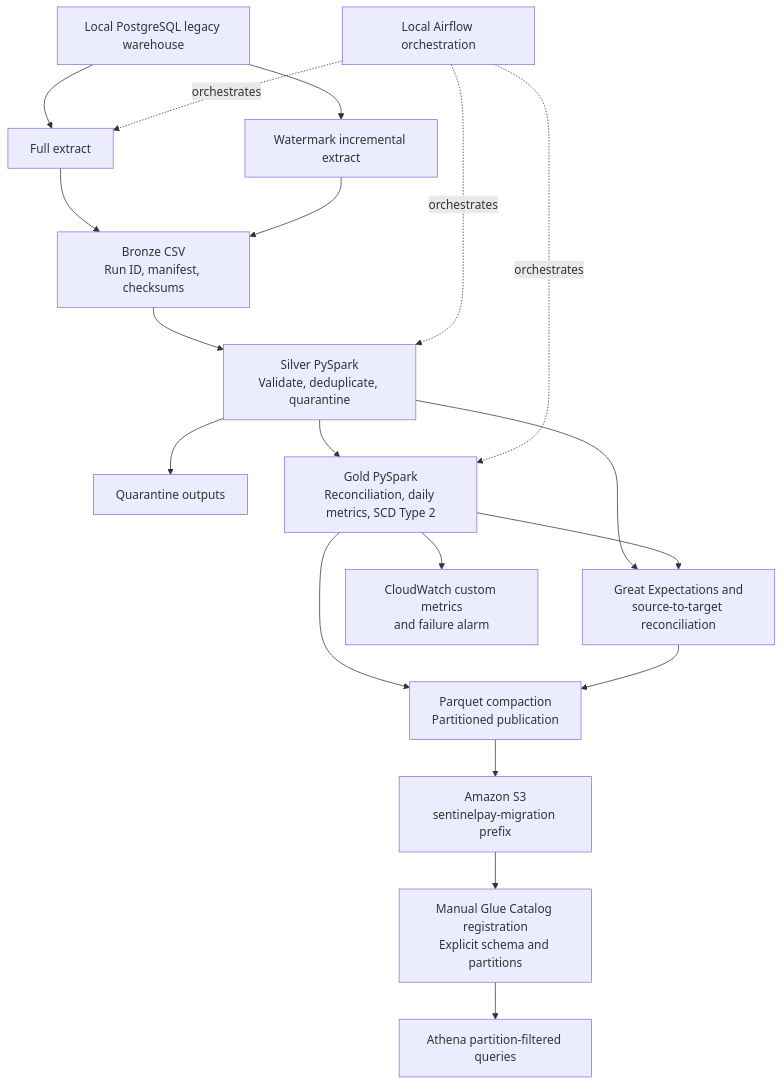
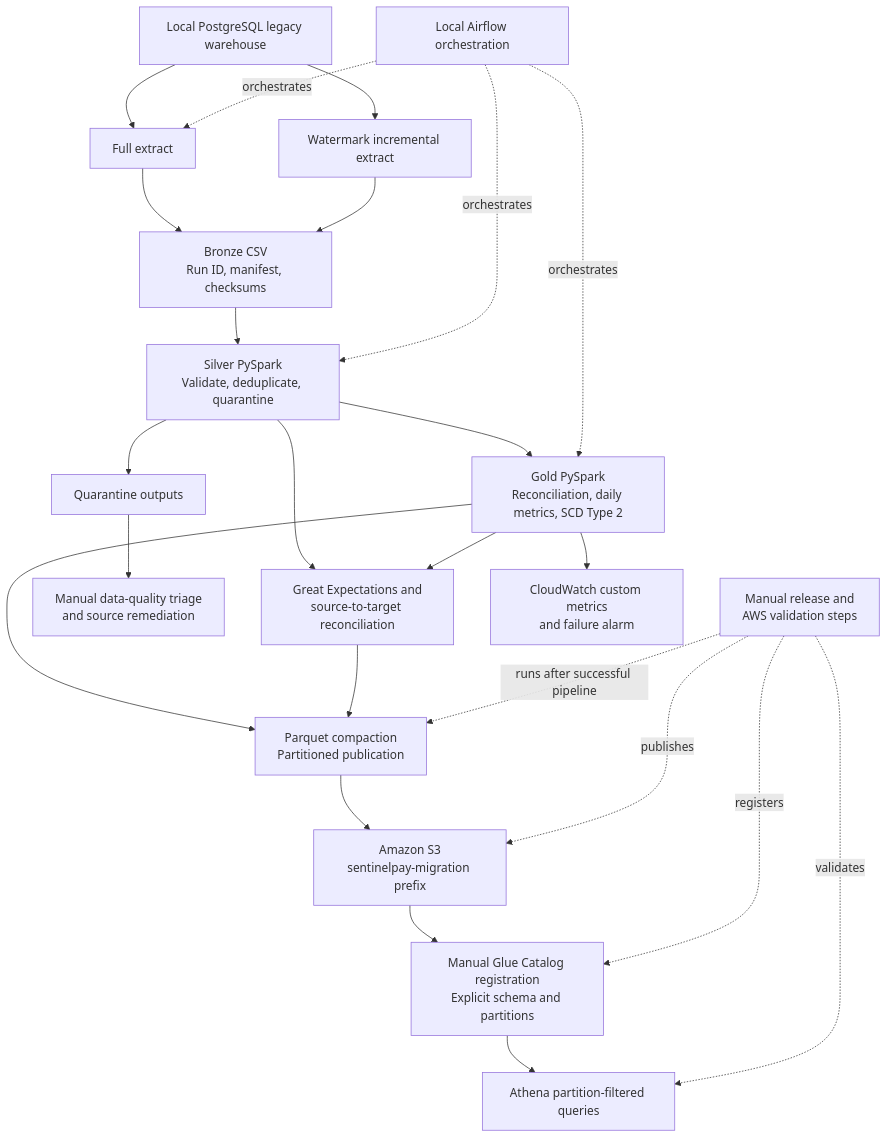
Before and after one commit to nikita2001mandpalkar-bit/sentinelpay-postgres-to-aws-migration: the diagram in README.md, drawn with Mermaid. The commit also changed other lines of this file, not shown here.

Commit message:
Clarify orchestration and quarantine flow

````diff
--- a/README.md
+++ b/README.md
@@ -10,29 +10,35 @@
 ```mermaid
 flowchart TD
     source[Local PostgreSQL legacy warehouse]
     full[Full extract]
     incremental[Watermark incremental extract]
     bronze[Bronze CSV<br/>Run ID, manifest, checksums]
     silver[Silver PySpark<br/>Validate, deduplicate, quarantine]
     quarantine[Quarantine outputs]
     gold[Gold PySpark<br/>Reconciliation, daily metrics, SCD Type 2]
     quality[Great Expectations and<br/>source-to-target reconciliation]
+    triage[Manual data-quality triage<br/>and source remediation]
+    release[Manual release and<br/>AWS validation steps]
     compact[Parquet compaction<br/>Partitioned publication]
     s3[Amazon S3<br/>sentinelpay-migration prefix]
     glue[Manual Glue Catalog registration<br/>Explicit schema and partitions]
     athena[Athena partition-filtered queries]
     cloudwatch[CloudWatch custom metrics<br/>and failure alarm]
     airflow[Local Airflow orchestration]
 
     source --> full --> bronze
     source --> incremental --> bronze
     bronze --> silver --> gold --> compact --> s3 --> glue --> athena
-    silver --> quarantine
+    silver --> quarantine --> triage
     silver --> quality
     gold --> quality
     quality --> compact
     gold --> cloudwatch
     airflow -. orchestrates .-> full
     airflow -. orchestrates .-> silver
     airflow -. orchestrates .-> gold
+    release -. runs after successful pipeline .-> compact
+    release -. publishes .-> s3
+    release -. registers .-> glue
+    release -. validates .-> athena
 ```
````
